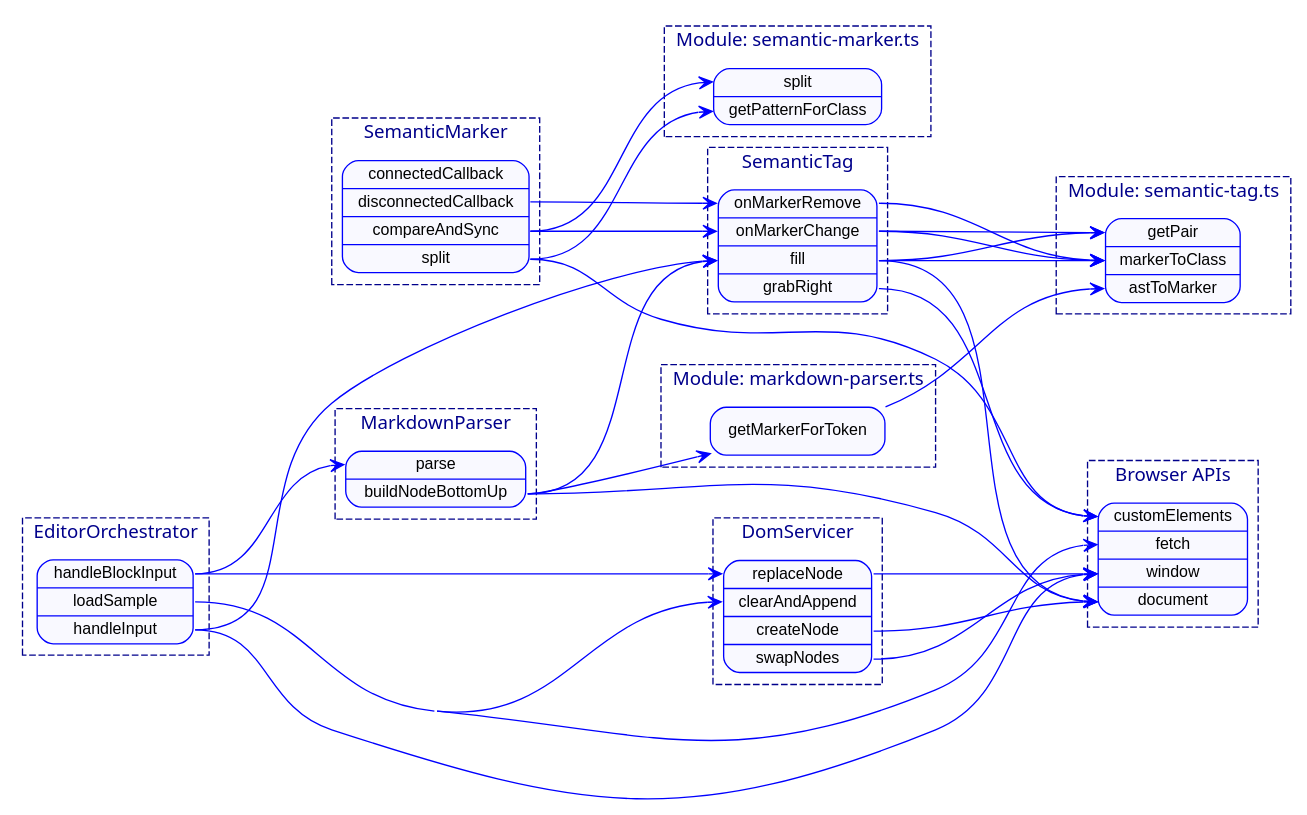
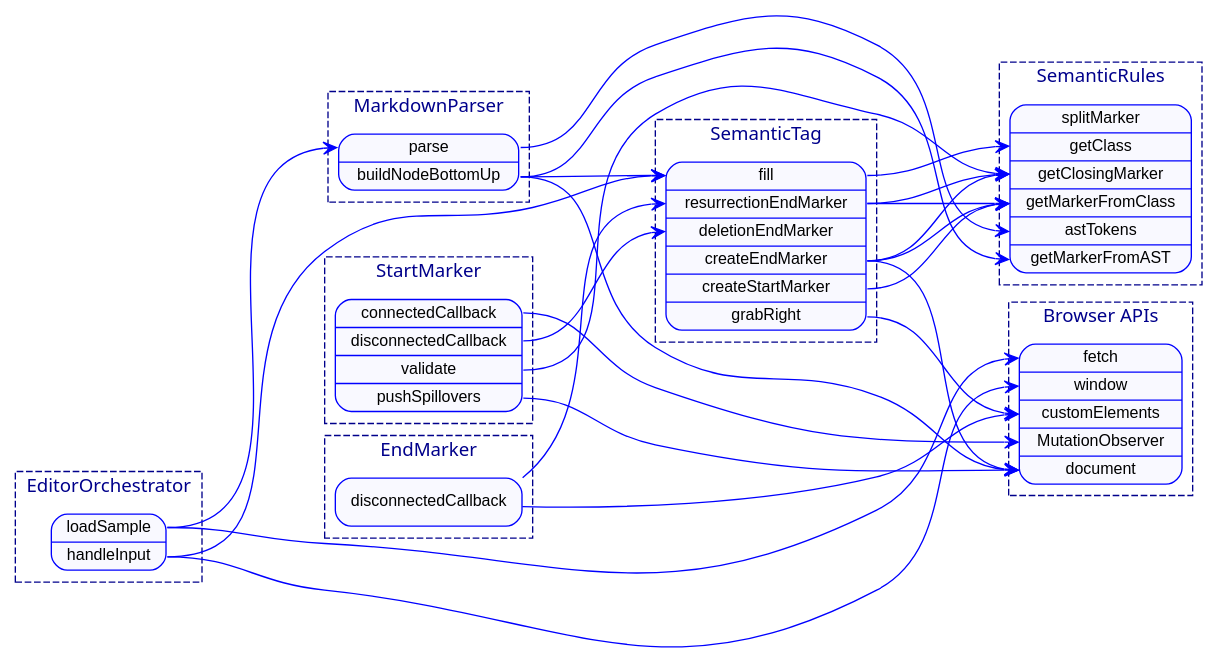
Before and after one commit to invisement/markdown-presentation: the diagram in reports/logic-graph.dot, drawn with Graphviz. The commit also changed 11 other files, not shown here.

Commit message:
refactor: centralize SemanticRules class, split caret markers, and simplify DOM servicer

```diff
--- a/reports/logic-graph.dot
+++ b/reports/logic-graph.dot
@@ -1,68 +1,60 @@
 digraph logic {
   graph [fontname="system-ui"; fontcolor=darkblue; fontsize=14; style="dashed" rankdir="LR"; concentrate=true; overlap=false; splines=true; color=darkblue; ranksep=1.5;];
   node [fontname="sans-serif"; shape=Mrecord, fontsize=12, color=blue, style=filled, fillcolor="#f9f9ff"];
   edge [fontsize=12, color=blue, arrowhead=vee];
 
-  subgraph "cluster_SemanticMarker" {
-    label = "SemanticMarker";
-    "semantic-marker.ts:SemanticMarker" [label="<connectedCallback> connectedCallback | <disconnectedCallback> disconnectedCallback | <compareAndSync> compareAndSync | <split> split", URL="semantic-marker.ts", tooltip="semantic-marker.ts"];
-  }
-  subgraph "cluster_SemanticTag" {
-    label = "SemanticTag";
-    "semantic-tag.ts:SemanticTag" [label="<onMarkerRemove> onMarkerRemove | <onMarkerChange> onMarkerChange | <fill> fill | <grabRight> grabRight", URL="semantic-tag.ts", tooltip="semantic-tag.ts"];
-  }
-  subgraph "cluster_semantic_marker_ts_Module" {
-    label = "Module: semantic-marker.ts";
-    "semantic-marker.ts:semantic-marker.ts:Module" [label="<split> split | <getPatternForClass> getPatternForClass", URL="semantic-marker.ts", tooltip="semantic-marker.ts"];
-  }
   subgraph "cluster_EditorOrchestrator" {
     label = "EditorOrchestrator";
-    "editor-orchestrator.ts:EditorOrchestrator" [label="<handleBlockInput> handleBlockInput | <loadSample> loadSample | <handleInput> handleInput", URL="editor-orchestrator.ts", tooltip="editor-orchestrator.ts"];
+    "editor-orchestrator.ts:EditorOrchestrator" [label="<loadSample> loadSample | <handleInput> handleInput", URL="editor-orchestrator.ts", tooltip="editor-orchestrator.ts"];
   }
   subgraph "cluster_MarkdownParser" {
     label = "MarkdownParser";
     "markdown-parser.ts:MarkdownParser" [label="<parse> parse | <buildNodeBottomUp> buildNodeBottomUp", URL="markdown-parser.ts", tooltip="markdown-parser.ts"];
   }
-  subgraph "cluster_DomServicer" {
-    label = "DomServicer";
-    "dom-servicer.ts:DomServicer" [label="<replaceNode> replaceNode | <clearAndAppend> clearAndAppend | <createNode> createNode | <swapNodes> swapNodes", URL="dom-servicer.ts", tooltip="dom-servicer.ts"];
+  subgraph "cluster_SemanticTag" {
+    label = "SemanticTag";
+    "semantic-tag.ts:SemanticTag" [label="<fill> fill | <resurrectionEndMarker> resurrectionEndMarker | <deletionEndMarker> deletionEndMarker | <createEndMarker> createEndMarker | <createStartMarker> createStartMarker | <grabRight> grabRight", URL="semantic-tag.ts", tooltip="semantic-tag.ts"];
   }
-  subgraph "cluster_semantic_tag_ts_Module" {
-    label = "Module: semantic-tag.ts";
-    "semantic-tag.ts:semantic-tag.ts:Module" [label="<getPair> getPair | <markerToClass> markerToClass | <astToMarker> astToMarker", URL="semantic-tag.ts", tooltip="semantic-tag.ts"];
+  subgraph "cluster_EndMarker" {
+    label = "EndMarker";
+    "end-marker.ts:EndMarker" [label="<disconnectedCallback> disconnectedCallback", URL="end-marker.ts", tooltip="end-marker.ts"];
   }
-  subgraph "cluster_markdown_parser_ts_Module" {
-    label = "Module: markdown-parser.ts";
-    "markdown-parser.ts:markdown-parser.ts:Module" [label="<getMarkerForToken> getMarkerForToken", URL="markdown-parser.ts", tooltip="markdown-parser.ts"];
+  subgraph "cluster_StartMarker" {
+    label = "StartMarker";
+    "start-marker.ts:StartMarker" [label="<connectedCallback> connectedCallback | <disconnectedCallback> disconnectedCallback | <validate> validate | <pushSpillovers> pushSpillovers", URL="start-marker.ts", tooltip="start-marker.ts"];
+  }
+  subgraph "cluster_SemanticRules" {
+    label = "SemanticRules";
+    "semantic-rules.ts:SemanticRules" [label="<splitMarker> splitMarker | <getClass> getClass | <getClosingMarker> getClosingMarker | <getMarkerFromClass> getMarkerFromClass | <astTokens> astTokens | <getMarkerFromAST> getMarkerFromAST", URL="semantic-rules.ts", tooltip="semantic-rules.ts"];
   }
   subgraph cluster_browser {
     label = "Browser APIs";
-    "Browser" [label="<customElements> customElements | <fetch> fetch | <window> window | <document> document"];
+    "Browser" [label="<fetch> fetch | <window> window | <customElements> customElements | <MutationObserver> MutationObserver | <document> document"];
   }
-  "dom-servicer.ts:DomServicer":"createNode" -> "Browser":"document";
-  "dom-servicer.ts:DomServicer":"replaceNode" -> "Browser":"window";
-  "dom-servicer.ts:DomServicer":"swapNodes" -> "Browser":"window";
-  "editor-orchestrator.ts:EditorOrchestrator":"handleBlockInput" -> "dom-servicer.ts:DomServicer":"replaceNode";
-  "editor-orchestrator.ts:EditorOrchestrator":"handleBlockInput" -> "markdown-parser.ts:MarkdownParser":"parse";
   "editor-orchestrator.ts:EditorOrchestrator":"handleInput" -> "Browser":"window";
   "editor-orchestrator.ts:EditorOrchestrator":"handleInput" -> "semantic-tag.ts:SemanticTag":"fill";
   "editor-orchestrator.ts:EditorOrchestrator":"loadSample" -> "Browser":"fetch";
-  "editor-orchestrator.ts:EditorOrchestrator":"loadSample" -> "dom-servicer.ts:DomServicer":"clearAndAppend";
+  "editor-orchestrator.ts:EditorOrchestrator":"loadSample" -> "markdown-parser.ts:MarkdownParser":"parse";
+  "end-marker.ts:EndMarker":"disconnectedCallback" -> "Browser":"customElements";
+  "end-marker.ts:EndMarker":"disconnectedCallback" -> "semantic-tag.ts:SemanticTag":"resurrectionEndMarker";
   "markdown-parser.ts:MarkdownParser":"buildNodeBottomUp" -> "Browser":"document";
-  "markdown-parser.ts:MarkdownParser":"buildNodeBottomUp" -> "markdown-parser.ts:markdown-parser.ts:Module":"getMarkerForToken";
+  "markdown-parser.ts:MarkdownParser":"buildNodeBottomUp" -> "semantic-rules.ts:SemanticRules":"getMarkerFromAST";
   "markdown-parser.ts:MarkdownParser":"buildNodeBottomUp" -> "semantic-tag.ts:SemanticTag":"fill";
   "markdown-parser.ts:MarkdownParser":"parse" -> "Browser":"document";
-  "markdown-parser.ts:markdown-parser.ts:Module":"getMarkerForToken" -> "semantic-tag.ts:semantic-tag.ts:Module":"astToMarker";
-  "semantic-marker.ts:SemanticMarker":"compareAndSync" -> "semantic-marker.ts:semantic-marker.ts:Module":"split";
-  "semantic-marker.ts:SemanticMarker":"compareAndSync" -> "semantic-tag.ts:SemanticTag":"onMarkerChange";
-  "semantic-marker.ts:SemanticMarker":"disconnectedCallback" -> "semantic-tag.ts:SemanticTag":"onMarkerRemove";
-  "semantic-marker.ts:SemanticMarker":"split" -> "Browser":"customElements";
-  "semantic-marker.ts:SemanticMarker":"split" -> "semantic-marker.ts:semantic-marker.ts:Module":"getPatternForClass";
-  "semantic-tag.ts:SemanticTag":"fill" -> "Browser":"document";
-  "semantic-tag.ts:SemanticTag":"fill" -> "semantic-tag.ts:semantic-tag.ts:Module":"getPair";
-  "semantic-tag.ts:SemanticTag":"fill" -> "semantic-tag.ts:semantic-tag.ts:Module":"markerToClass";
+  "markdown-parser.ts:MarkdownParser":"parse" -> "semantic-rules.ts:SemanticRules":"astTokens";
+  "semantic-tag.ts:SemanticTag":"createEndMarker" -> "Browser":"document";
+  "semantic-tag.ts:SemanticTag":"createEndMarker" -> "semantic-rules.ts:SemanticRules":"getClosingMarker";
+  "semantic-tag.ts:SemanticTag":"createEndMarker" -> "semantic-rules.ts:SemanticRules":"getMarkerFromClass";
+  "semantic-tag.ts:SemanticTag":"createStartMarker" -> "semantic-rules.ts:SemanticRules":"getMarkerFromClass";
+  "semantic-tag.ts:SemanticTag":"fill" -> "semantic-rules.ts:SemanticRules":"getClass";
   "semantic-tag.ts:SemanticTag":"grabRight" -> "Browser":"customElements";
-  "semantic-tag.ts:SemanticTag":"onMarkerChange" -> "semantic-tag.ts:semantic-tag.ts:Module":"getPair";
-  "semantic-tag.ts:SemanticTag":"onMarkerChange" -> "semantic-tag.ts:semantic-tag.ts:Module":"markerToClass";
-  "semantic-tag.ts:SemanticTag":"onMarkerRemove" -> "semantic-tag.ts:semantic-tag.ts:Module":"markerToClass";
+  "semantic-tag.ts:SemanticTag":"resurrectionEndMarker" -> "semantic-rules.ts:SemanticRules":"getClosingMarker";
+  "semantic-tag.ts:SemanticTag":"resurrectionEndMarker" -> "semantic-rules.ts:SemanticRules":"getMarkerFromClass";
+  "start-marker.ts:StartMarker":"connectedCallback" -> "Browser":"MutationObserver";
+  "start-marker.ts:StartMarker":"disconnectedCallback" -> "semantic-tag.ts:SemanticTag":"deletionEndMarker";
+  "start-marker.ts:StartMarker":"pushSpillovers" -> "Browser":"customElements";
+  "start-marker.ts:StartMarker":"pushSpillovers" -> "Browser":"document";
+  "start-marker.ts:StartMarker":"validate" -> "semantic-rules.ts:SemanticRules":"getClass";
+  "start-marker.ts:StartMarker":"validate" -> "semantic-rules.ts:SemanticRules":"getClosingMarker";
+  "start-marker.ts:StartMarker":"validate" -> "semantic-rules.ts:SemanticRules":"splitMarker";
 }
```
